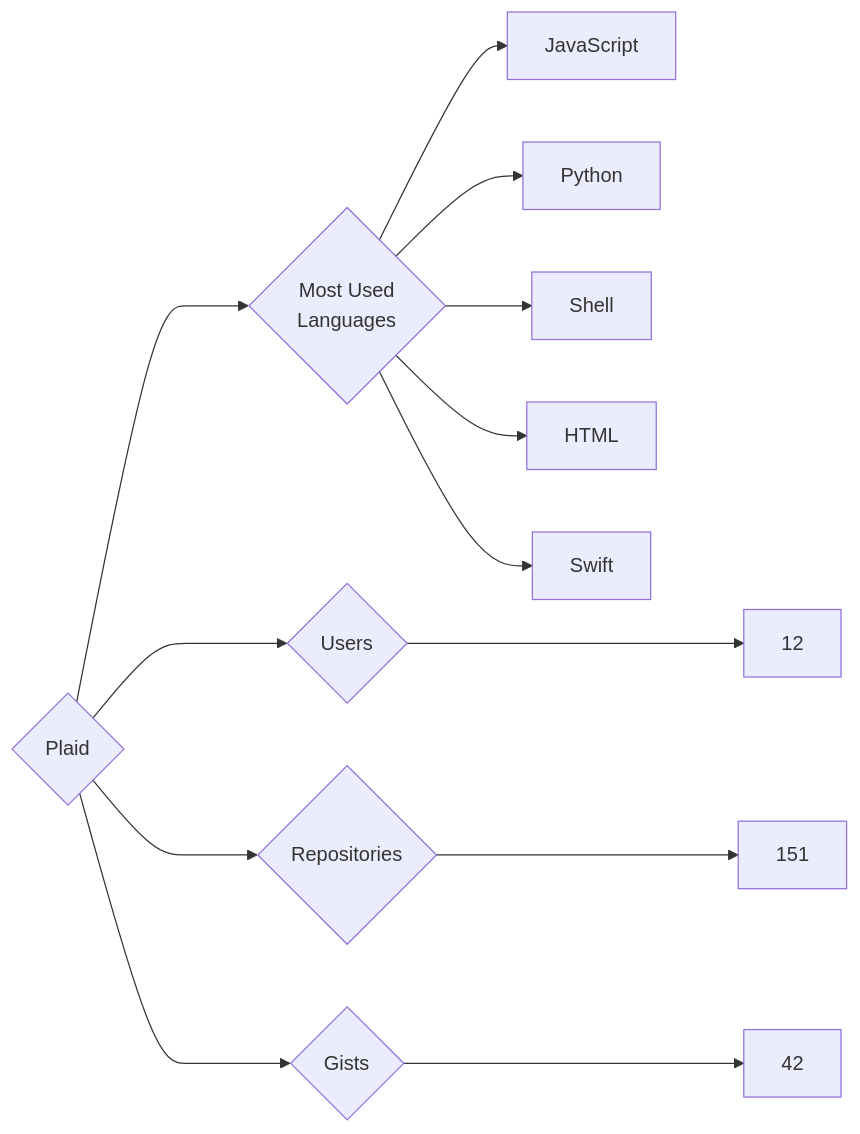
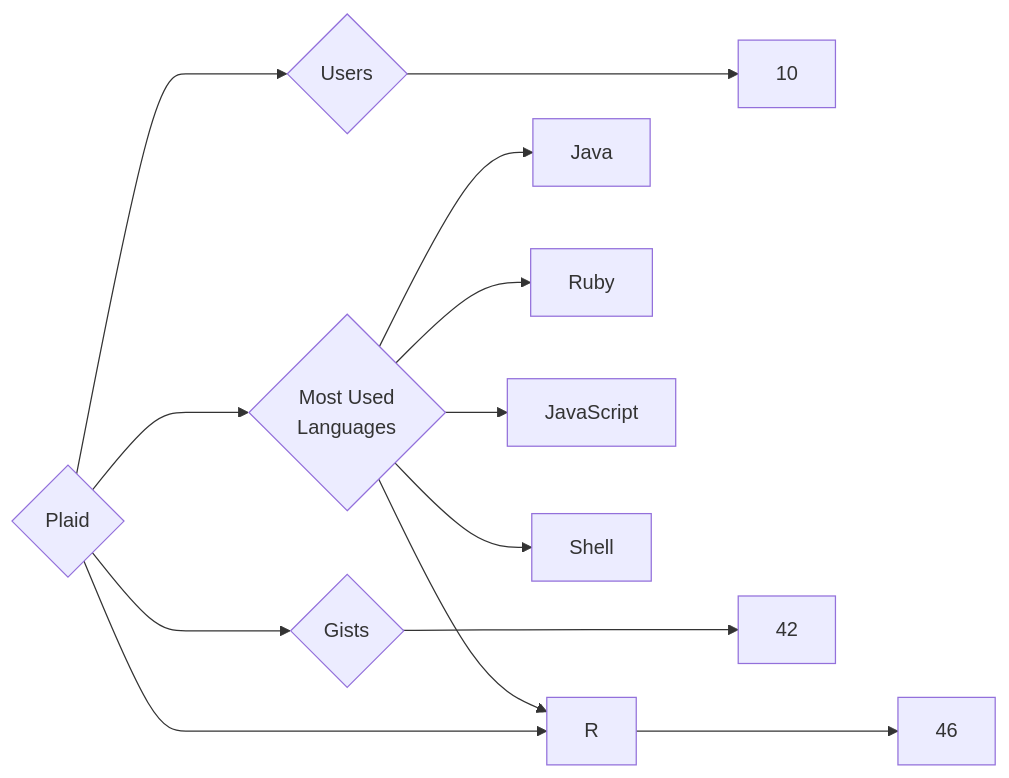
The diagram in targets/Plaid/README.md (trickest/insiders), drawn with Mermaid before and after one commit. The commit also changed 1496 other files, not shown here.

````diff
--- a/targets/Plaid/README.md
+++ b/targets/Plaid/README.md
@@ -3,13 +3,13 @@
 ```mermaid
 graph LR
 COMPANY_NAME{Plaid}
-COMPANY_NAME ---> U{Users} ---> UN[12]
-COMPANY_NAME ---> R{Repositories} ---> RN[151]
+COMPANY_NAME ---> U{Users} ---> UN[10]
+COMPANY_NAME ---> R{Repositories} ---> RN[46]
 COMPANY_NAME ---> G{Gists} ---> GN[42]
 COMPANY_NAME ---> ML{Most Used<br>Languages}
+ML --> Java[Java]
+ML --> Ruby[Ruby]
 ML --> JavaScript[JavaScript]
-ML --> Python[Python]
 ML --> Shell[Shell]
-ML --> HTML[HTML]
-ML --> Swift[Swift]
+ML --> R[R]
 ```
````
